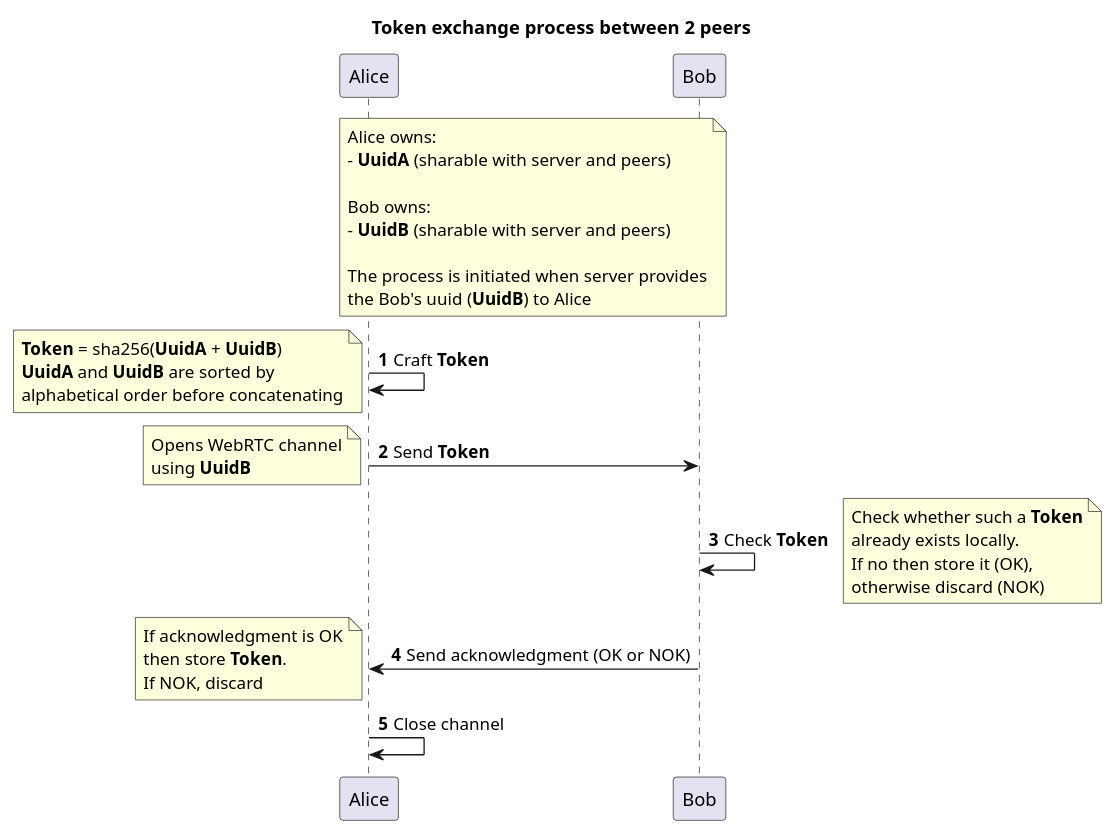
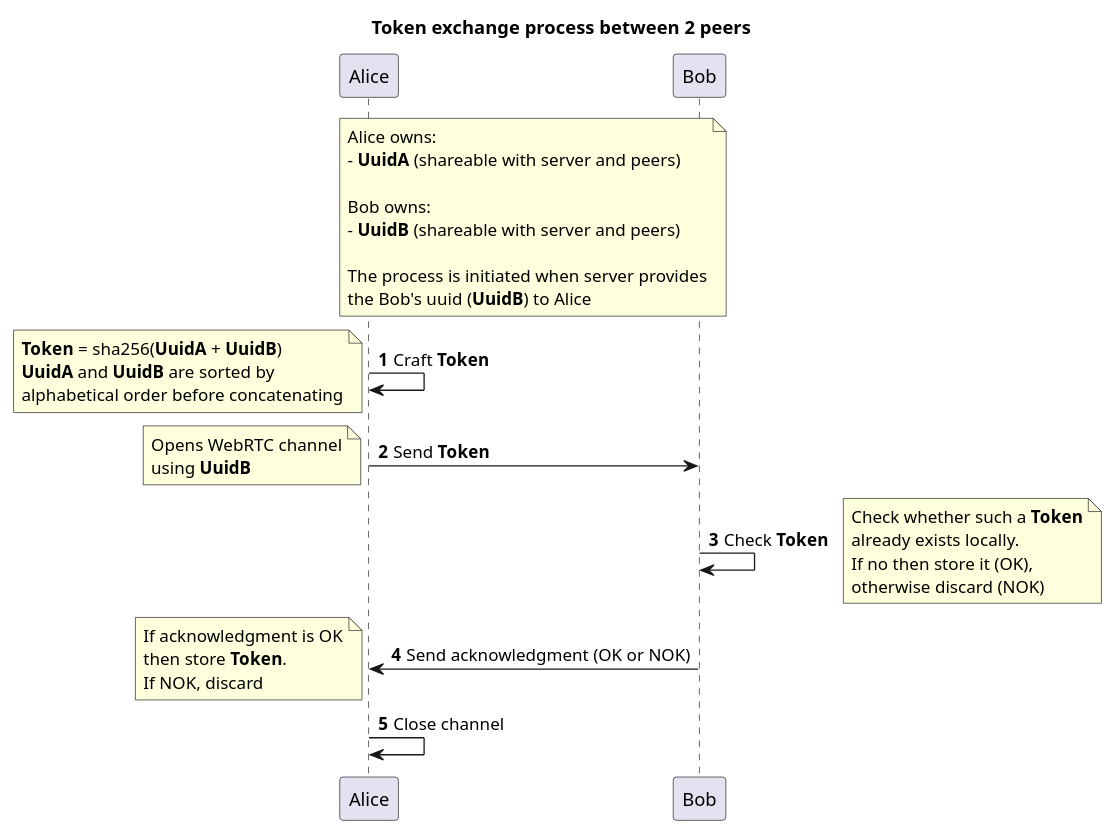
Before and after one commit to FANNY-20/FANNY-hybrid-app: the diagram in docs/token-exchange.puml, drawn with PlantUML. The commit also changed 1 other file, not shown here.

Commit message:
docs: fix typo ("shareable" instead of "sharable")

```diff
--- a/docs/token-exchange.puml
+++ b/docs/token-exchange.puml
@@ -1,52 +1,52 @@
 @startuml
 
 title
 Token exchange process between 2 peers
 end title
 
 autonumber
 participant Alice as a
 participant Bob as b
 
 note over a,b
 Alice owns:
-- **UuidA** (sharable with server and peers)
+- **UuidA** (shareable with server and peers)
 
 Bob owns:
-- **UuidB** (sharable with server and peers)
+- **UuidB** (shareable with server and peers)
 
 The process is initiated when server provides
 the Bob's uuid (**UuidB**) to Alice
 end note
 
 a -> a: Craft **Token**
 note left
 **Token** = sha256(**UuidA** + **UuidB**)
 **UuidA** and **UuidB** are sorted by
 alphabetical order before concatenating
 end note
 
 a -> b: Send **Token**
 note left
 Opens WebRTC channel
 using **UuidB**
 end note
 
 b -> b: Check **Token**
 note right
 Check whether such a **Token**
 already exists locally.
 If no then store it (OK),
 otherwise discard (NOK)
 end note
 
 b -> a: Send acknowledgment (OK or NOK)
 note left
 If acknowledgment is OK
 then store **Token**.
 If NOK, discard
 end note
 
 a -> a: Close channel
 
 @enduml
```
